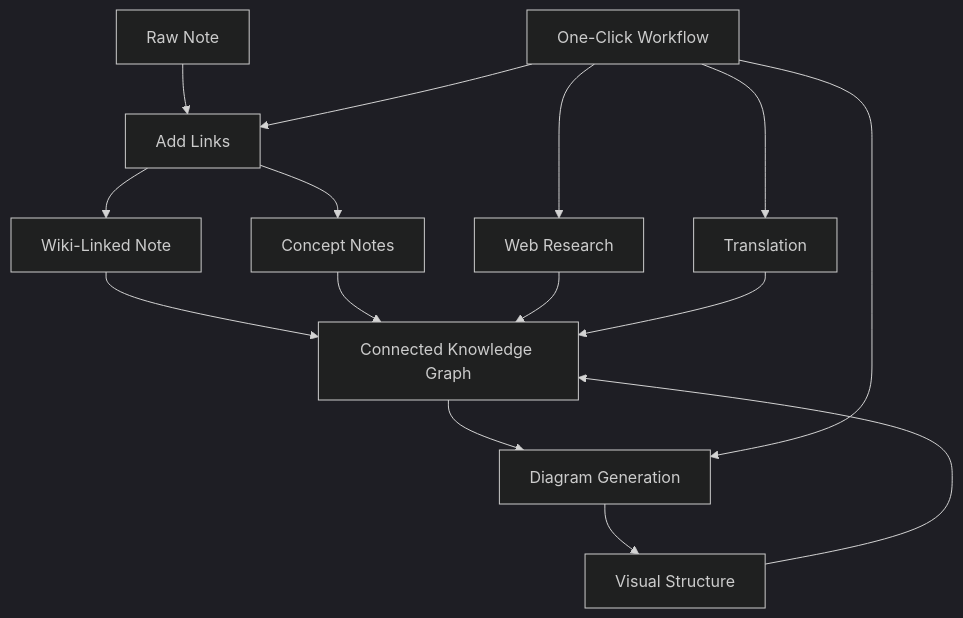
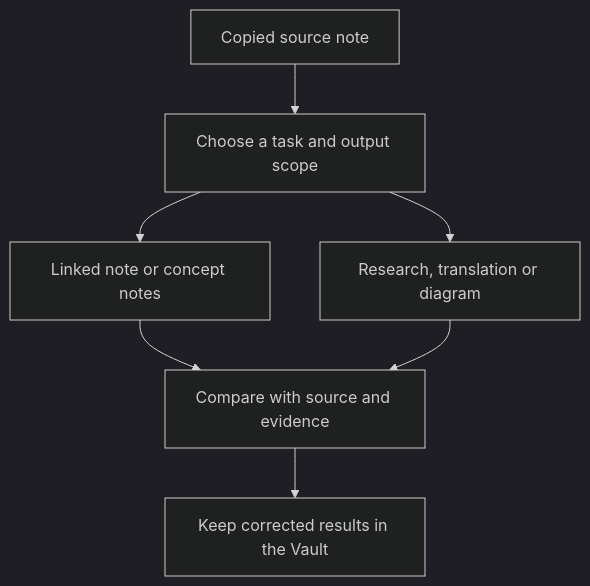
One commit to Jacobinwwey/obsidian-NotEMD changed the diagram in website/docs/pillar-ai-knowledge.mdx. Above: the diagram before and after it, drawn with Mermaid (dark theme). The commit also changed other lines of this file and 1032 other files, not shown here.

````diff
--- a/website/docs/pillar-ai-knowledge.mdx
+++ b/website/docs/pillar-ai-knowledge.mdx
@@ -42,17 +24,9 @@
 ```mermaid
-graph TD
-    A[Raw Note] --> B[Add Links]
-    B --> C[Wiki-Linked Note]
-    B --> D[Concept Notes]
-    C --> E[Connected Knowledge Graph]
+flowchart TD
+    A[Copied source note] --> B[Choose a task and output scope]
+    B --> C[Linked note or concept notes]
+    B --> D[Research, translation or diagram]
+    C --> E[Compare with source and evidence]
     D --> E
-    F[Web Research] --> E
-    G[Translation] --> E
-    H[Diagram Generation] --> I[Visual Structure]
-    E --> H
-    I --> E
-    J[One-Click Workflow] --> B
-    J --> F
-    J --> G
-    J --> H
+    E --> F[Keep corrected results in the Vault]
 ```
````
